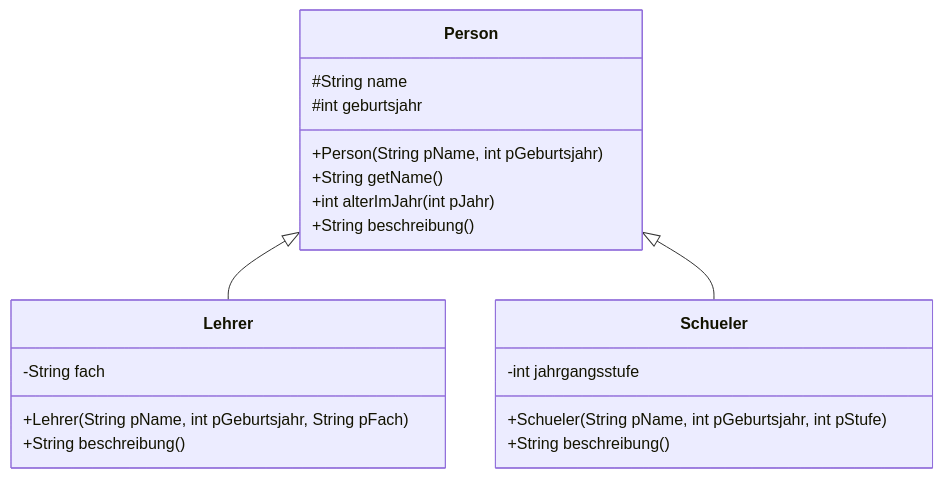
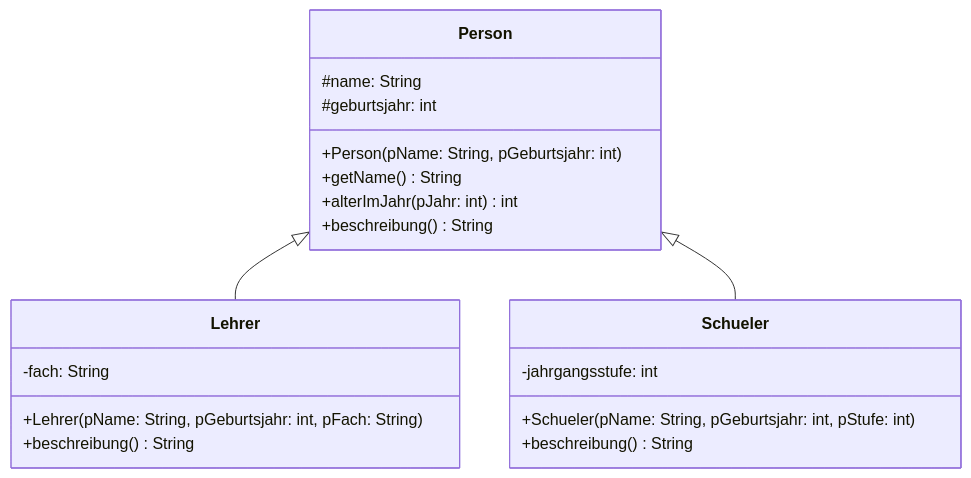
One commit to openpatch/hyperbook-informatik changed the diagram in book/oberstufe/oop/01-grundlagen/06-objektorientierung/04-vererbung.md. Above: the diagram before and after it, drawn with Mermaid. The commit also changed 19 other files, not shown here.

Commit message:
richtige implementationsdiagramme

````diff
--- a/book/oberstufe/oop/01-grundlagen/06-objektorientierung/04-vererbung.md
+++ b/book/oberstufe/oop/01-grundlagen/06-objektorientierung/04-vererbung.md
@@ -14,23 +14,23 @@
 ```mermaid
 classDiagram
     class Person {
-        #String name
-        #int geburtsjahr
-        +Person(String pName, int pGeburtsjahr)
-        +String getName()
-        +int alterImJahr(int pJahr)
-        +String beschreibung()
+        #name: String
+        #geburtsjahr: int
+        +Person(pName: String, pGeburtsjahr: int)
+        +getName() String
+        +alterImJahr(pJahr: int) int
+        +beschreibung() String
     }
     class Lehrer {
-        -String fach
-        +Lehrer(String pName, int pGeburtsjahr, String pFach)
-        +String beschreibung()
+        -fach: String
+        +Lehrer(pName: String, pGeburtsjahr: int, pFach: String)
+        +beschreibung() String
     }
     class Schueler {
-        -int jahrgangsstufe
-        +Schueler(String pName, int pGeburtsjahr, int pStufe)
-        +String beschreibung()
+        -jahrgangsstufe: int
+        +Schueler(pName: String, pGeburtsjahr: int, pStufe: int)
+        +beschreibung() String
     }
     Person <|-- Lehrer
     Person <|-- Schueler
 ```
````
